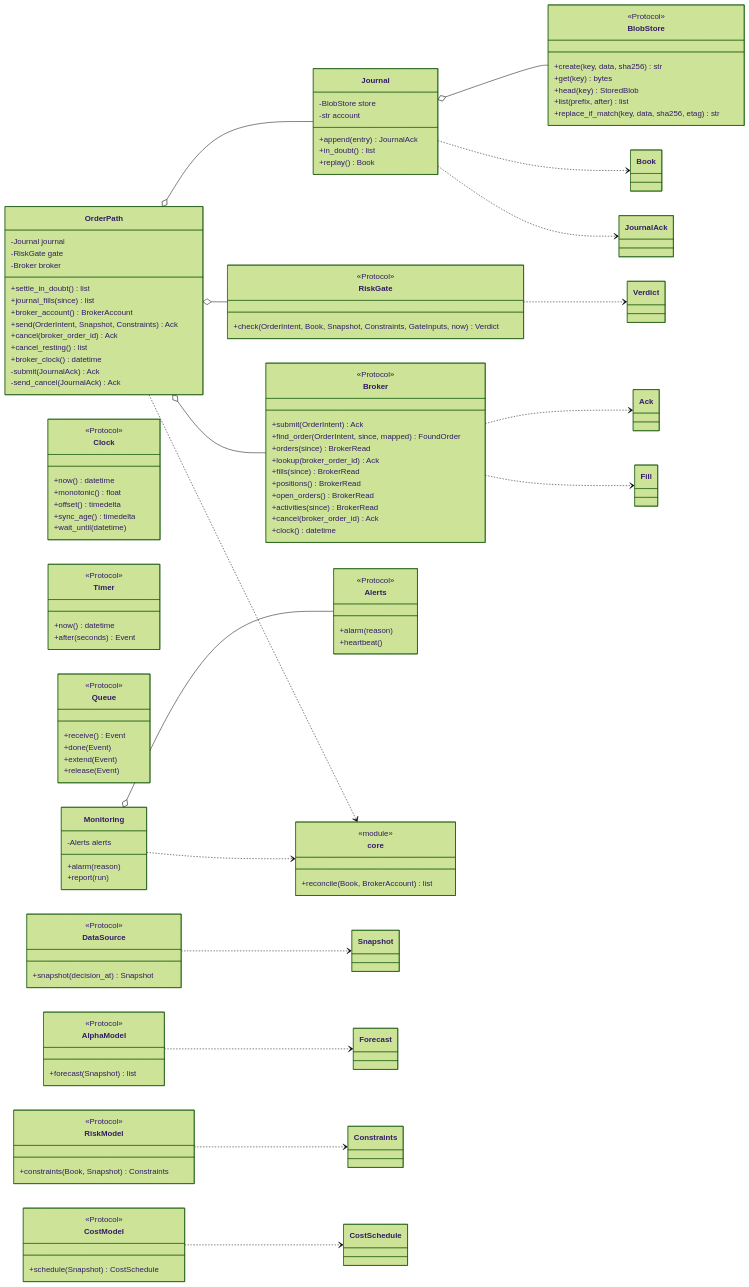
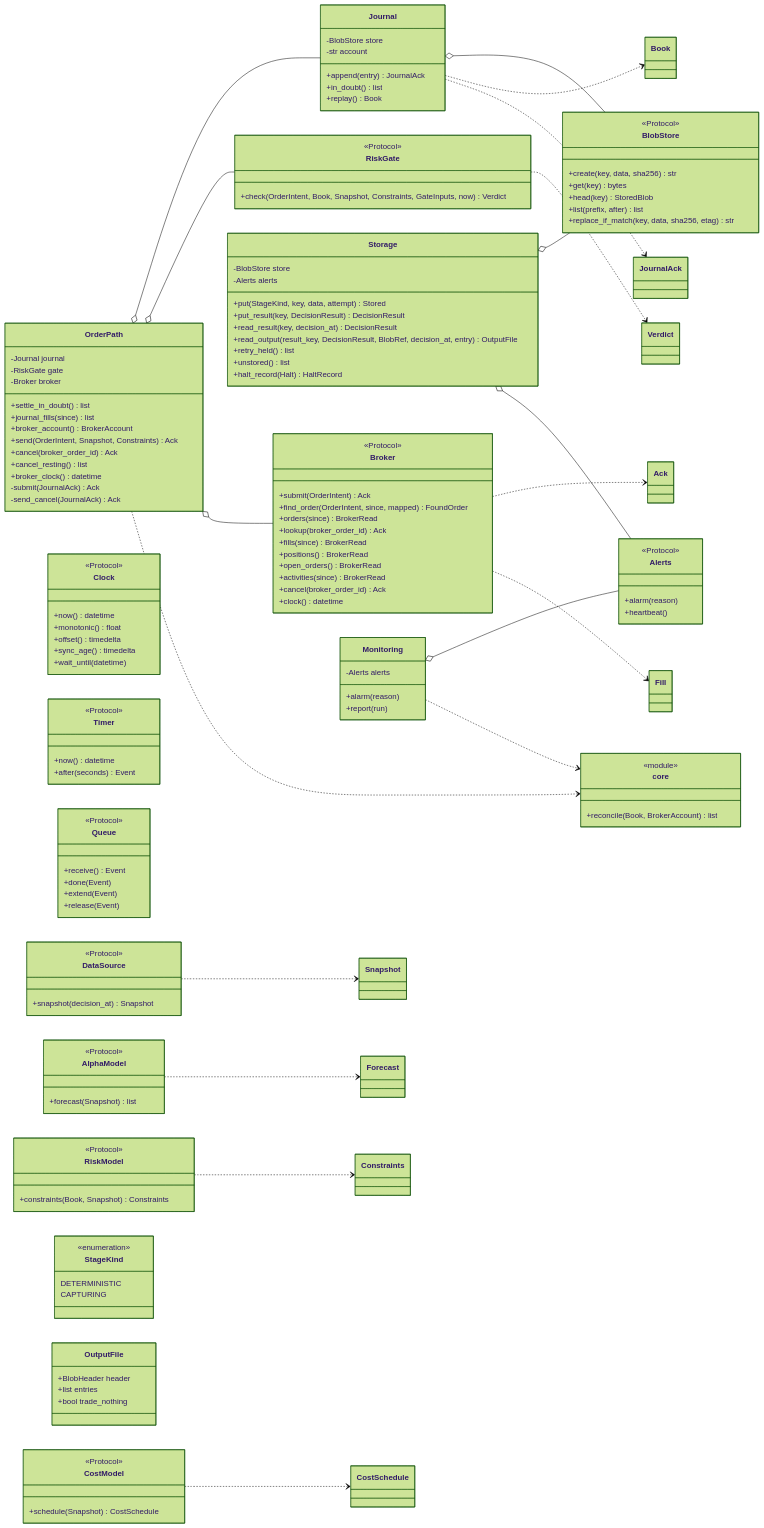
Before and after one commit to l3a0/ithildin-runtime: the fifth of 7 diagrams in docs/architecture/05-building-blocks.md, drawn with Mermaid (forest theme). The commit also changed other lines of this file and 22 other files, not shown here.

First line of the commit message:
feat(storage): the storage contract, the folder and S3 stores, and one store suite (#87)

```diff
--- a/docs/architecture/05-building-blocks.md
+++ b/docs/architecture/05-building-blocks.md
@@ -601,6 +602,27 @@
         +list(prefix, after) list
         +replace_if_match(key, data, sha256, etag) str
     }
+    class Storage {
+        -BlobStore store
+        -Alerts alerts
+        +put(StageKind, key, data, attempt) Stored
+        +put_result(key, DecisionResult) DecisionResult
+        +read_result(key, decision_at) DecisionResult
+        +read_output(result_key, DecisionResult, BlobRef, decision_at, entry) OutputFile
+        +retry_held() list
+        +unstored() list
+        +halt_record(Halt) HaltRecord
+    }
+    class StageKind {
+        <<enumeration>>
+        DETERMINISTIC
+        CAPTURING
+    }
+    class OutputFile {
+        +BlobHeader header
+        +list entries
+        +bool trade_nothing
+    }
     class Alerts {
         <<Protocol>>
         +alarm(reason)
@@ -638,6 +660,8 @@
     }
 
     Journal o-- BlobStore
+    Storage o-- BlobStore
+    Storage o-- Alerts
     Monitoring o-- Alerts
     OrderPath o-- Journal
     OrderPath o-- RiskGate
```
